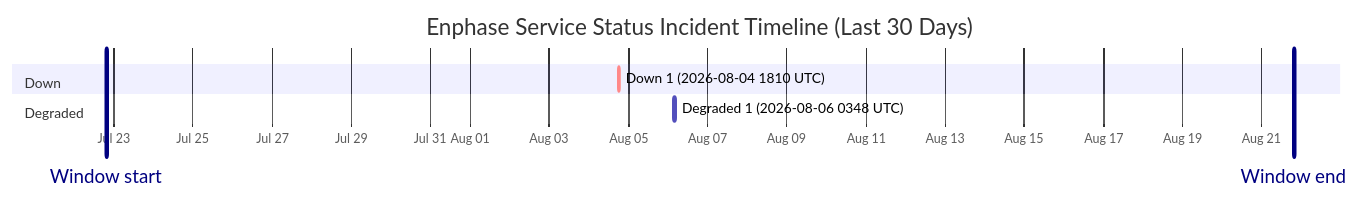
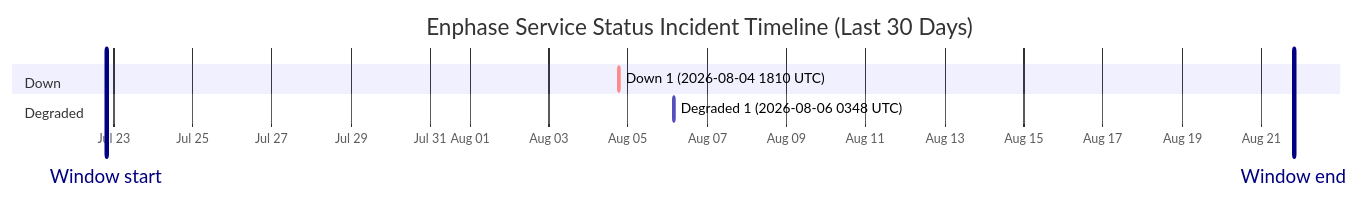
The diagram in wiki/Service-Status-History.md (barneyonline/ha-enphase-energy), drawn with Mermaid before and after one commit. The commit also changed other lines of this file and 3 other files, not shown here.

````diff
--- a/wiki/Service-Status-History.md
+++ b/wiki/Service-Status-History.md
@@ -14,12 +14,12 @@
 ```mermaid
 gantt
     title Enphase Service Status Incident Timeline (Last 30 Days)
     dateFormat  YYYY-MM-DDTHH:mm:ss
     axisFormat  %b %d
-    Window start :vert, window-start, 2026-07-22T19:24:04, 0ms
-    Window end :vert, window-end, 2026-08-21T19:24:04, 0ms
+    Window start :vert, window-start, 2026-07-22T19:47:23, 0ms
+    Window end :vert, window-end, 2026-08-21T19:47:23, 0ms
     section Down
     Down 1 (2026-08-04 1810 UTC) :crit, down-1, 2026-08-04T18:10:46, 60m
     section Degraded
     Degraded 1 (2026-08-06 0348 UTC) :active, degraded-1, 2026-08-06T03:48:14, 60m
 ```
````
